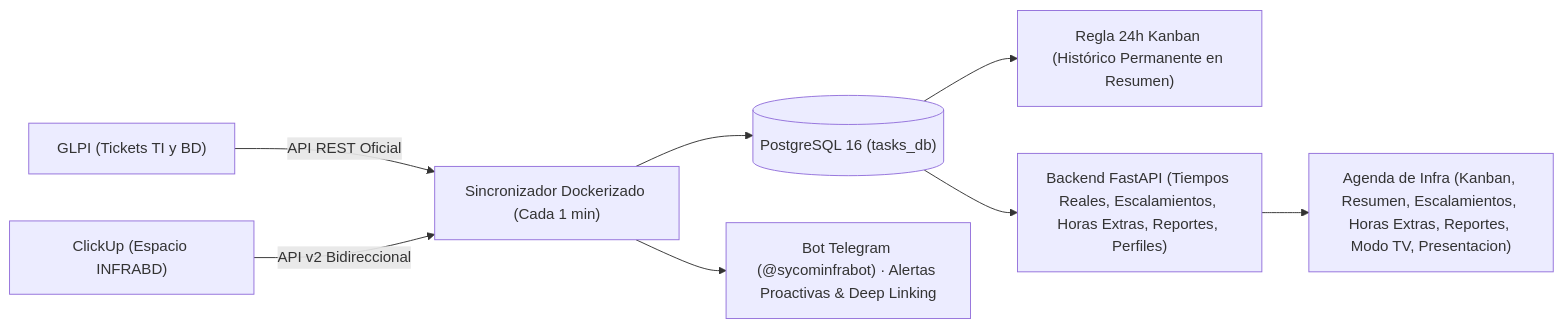
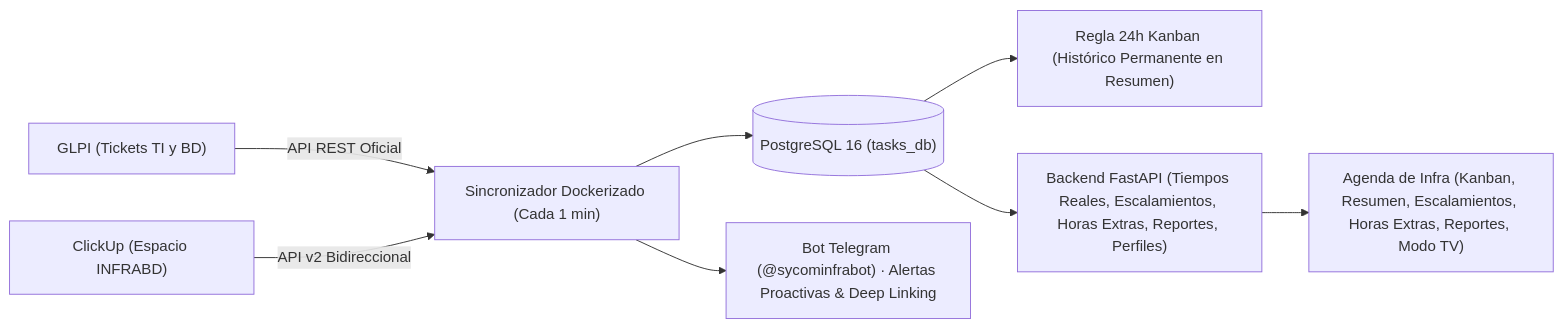
One commit to JuanFZ/infra-agenda changed the diagram in PROPUESTA_MEJORAS_FASE2.md. Above: the diagram before and after it, drawn with Mermaid. The commit also changed other lines of this file and 4 other files, not shown here.

````diff
--- a/PROPUESTA_MEJORAS_FASE2.md
+++ b/PROPUESTA_MEJORAS_FASE2.md
@@ -14,10 +14,10 @@
 ```mermaid
 flowchart LR
     GLPI["GLPI (Tickets TI y BD)"] -->|API REST Oficial| SYNC["Sincronizador Dockerizado (Cada 1 min)"]
     CU["ClickUp (Espacio INFRABD)"] -->|API v2 Bidireccional| SYNC
     SYNC --> DB[("PostgreSQL 16 (tasks_db)")]
     DB --> REG["Regla 24h Kanban (Histórico Permanente en Resumen)"]
     DB --> API["Backend FastAPI (Tiempos Reales, Escalamientos, Horas Extras, Reportes, Perfiles)"]
-    API --> WEB["Agenda de Infra (Kanban, Resumen, Escalamientos, Horas Extras, Reportes, Modo TV, Presentacion)"]
+    API --> WEB["Agenda de Infra (Kanban, Resumen, Escalamientos, Horas Extras, Reportes, Modo TV)"]
     SYNC --> TG["Bot Telegram (@sycominfrabot) · Alertas Proactivas & Deep Linking"]
 ```
````
